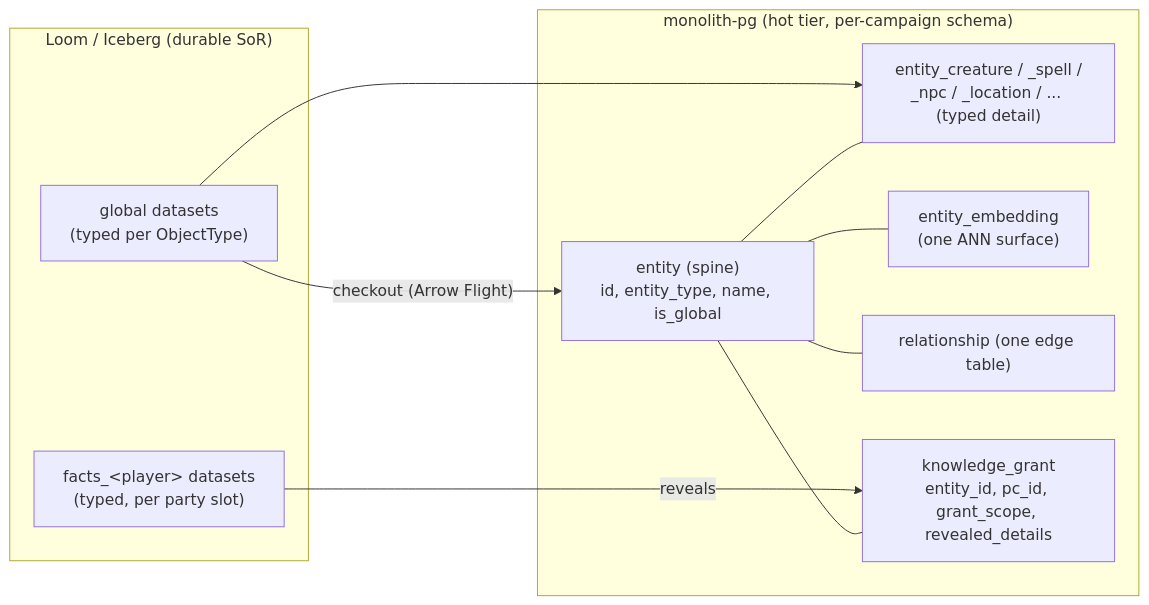
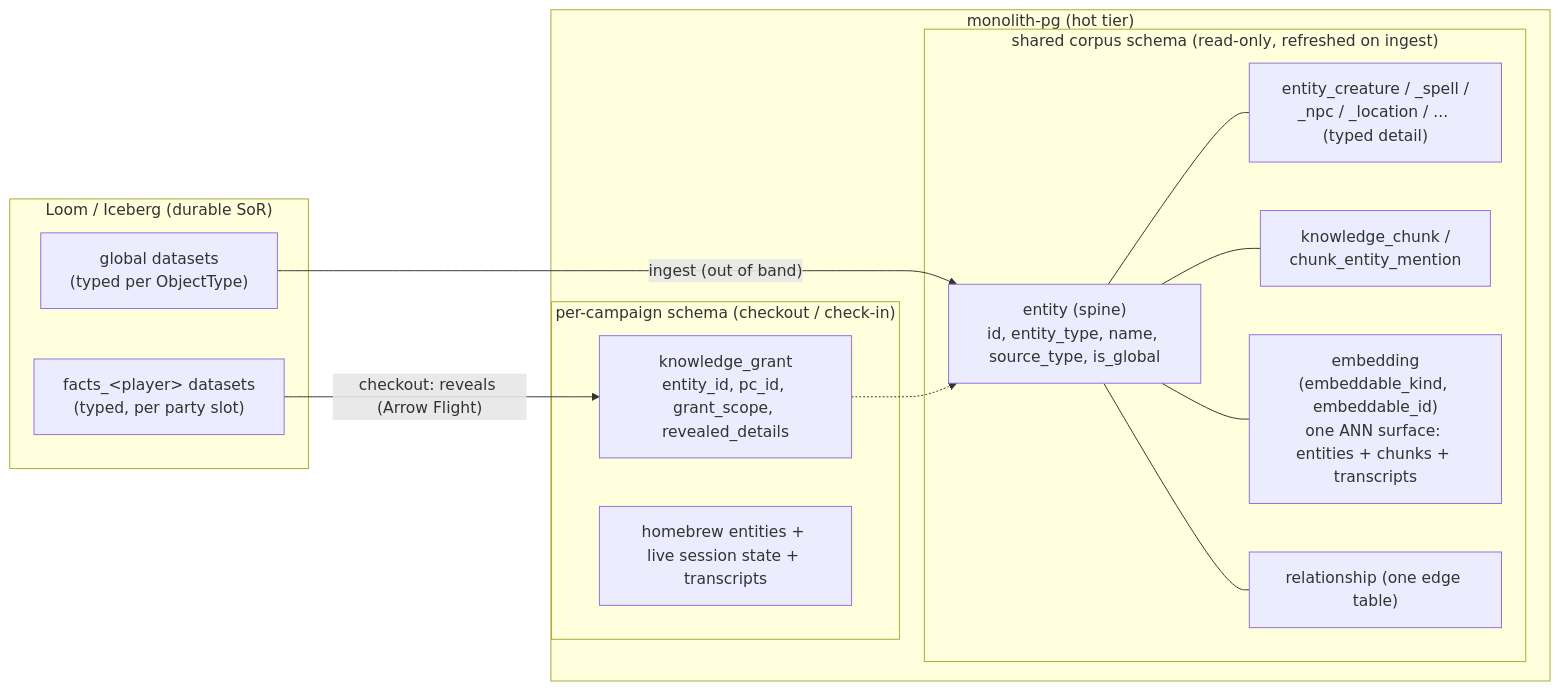
One commit to jomcgi-org/homelab changed the diagram in docs/decisions/services/011-grimoire-hot-tier-schema.md. Above: the diagram before and after it, drawn with Mermaid. The commit also changed other lines of this file and 2 other files, not shown here.

First line of the commit message:
docs(adr): address Opus review of ADR 011 (embedding surface + schema clarifications)

````diff
--- a/docs/decisions/services/011-grimoire-hot-tier-schema.md
+++ b/docs/decisions/services/011-grimoire-hot-tier-schema.md
@@ -48,21 +48,27 @@
 ```mermaid
 graph LR
     subgraph Loom["Loom / Iceberg (durable SoR)"]
         LG["global datasets<br/>(typed per ObjectType)"]
         LP["facts_&lt;player&gt; datasets<br/>(typed, per party slot)"]
     end
-    subgraph PG["monolith-pg (hot tier, per-campaign schema)"]
-        SP["entity (spine)<br/>id, entity_type, name, is_global"]
-        DT["entity_creature / _spell /<br/>_npc / _location / ... (typed detail)"]
-        EM["entity_embedding<br/>(one ANN surface)"]
-        RE["relationship (one edge table)"]
-        KG["knowledge_grant<br/>entity_id, pc_id, grant_scope, revealed_details"]
+    subgraph PG["monolith-pg (hot tier)"]
+        subgraph Corpus["shared corpus schema (read-only, refreshed on ingest)"]
+            SP["entity (spine)<br/>id, entity_type, name, source_type, is_global"]
+            DT["entity_creature / _spell /<br/>_npc / _location / ... (typed detail)"]
+            KC["knowledge_chunk /<br/>chunk_entity_mention"]
+            EM["embedding<br/>(embeddable_kind, embeddable_id)<br/>one ANN surface: entities + chunks + transcripts"]
+            RE["relationship (one edge table)"]
+        end
+        subgraph Camp["per-campaign schema (checkout / check-in)"]
+            KG["knowledge_grant<br/>entity_id, pc_id, grant_scope, revealed_details"]
+            HB["homebrew entities + live session state + transcripts"]
+        end
     end
-    LG -- "checkout (Arrow Flight)" --> SP
-    LG --> DT
-    LP -- "reveals" --> KG
+    LG -- "ingest (out of band)" --> SP
+    LP -- "checkout: reveals (Arrow Flight)" --> KG
     SP --- DT
+    SP --- KC
     SP --- EM
     SP --- RE
-    SP --- KG
+    KG -.-> SP
 ```
````
